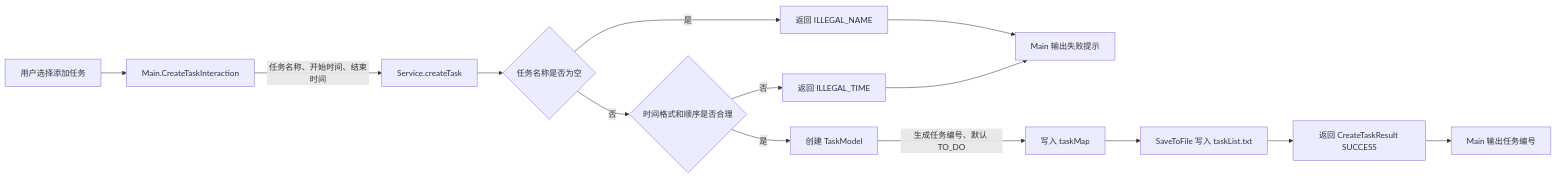
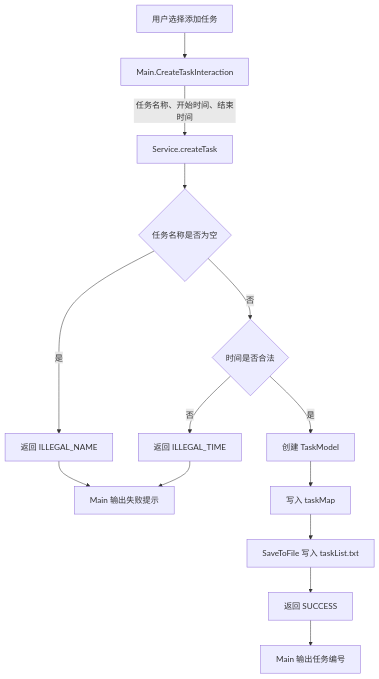
Before and after one commit to Z-ZM-creator/Task-Manage-System3.0: the second of 14 diagrams in README.md, drawn with Mermaid. The commit also changed other lines of this file, not shown here.

````diff
--- a/README.md
+++ b/README.md
@@ -127,16 +110,16 @@
 ```mermaid
-flowchart LR
+flowchart TD
     User[用户选择添加任务] --> Main[Main.CreateTaskInteraction]
     Main -->|任务名称、开始时间、结束时间| Service[Service.createTask]
     Service --> CheckName{任务名称是否为空}
     CheckName -->|是| NameError[返回 ILLEGAL_NAME]
-    CheckName -->|否| CheckTime{时间格式和顺序是否合理}
+    CheckName -->|否| CheckTime{时间是否合法}
     CheckTime -->|否| TimeError[返回 ILLEGAL_TIME]
     CheckTime -->|是| Model[创建 TaskModel]
-    Model -->|生成任务编号、默认 TO_DO| Map[写入 taskMap]
+    Model --> Map[写入 taskMap]
     Map --> Save[SaveToFile 写入 taskList.txt]
-    Save --> Success[返回 CreateTaskResult SUCCESS]
+    Save --> Success[返回 SUCCESS]
     NameError --> MainResult[Main 输出失败提示]
     TimeError --> MainResult
     Success --> MainSuccess[Main 输出任务编号]
 ```
````
